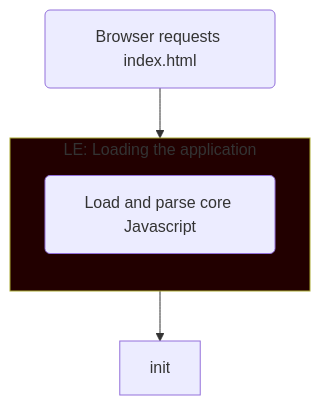
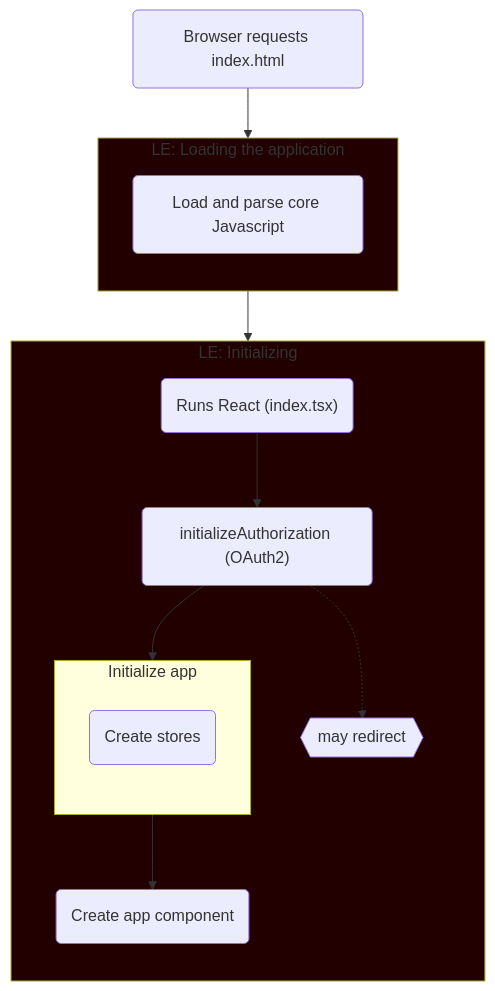
Before and after one commit to concord-consortium/collaborative-learning: the diagram in docs/mermaid-test.md, drawn with Mermaid.

Commit message:
class def

````diff
--- a/docs/mermaid-test.md
+++ b/docs/mermaid-test.md
@@ -1,13 +1,31 @@
 ```mermaid
 flowchart TD
   req(Browser requests index.html)
   req --> load
 
   style load fill:#220000
   subgraph load [LE: Loading the application]
     direction TB
     parse(Load and parse core Javascript)
   end
   load --> init
 
+  classDef loadingEvent fill:#220000
+  class init loadingEvent
+  subgraph init [LE: Initializing]
+    direction TB
+    indextsx("Runs React (index.tsx)")
+    indextsx --> ia
+    ia("initializeAuthorization (OAuth2)")
+    ia -.-> restart{{may redirect}}
+    ia --> initapp
+    subgraph initapp [Initialize app]
+      direction TB
+      cs(Create stores)
+    end
+
+    initapp --> component("Create app component")
+
+  end
+
 ```
````
